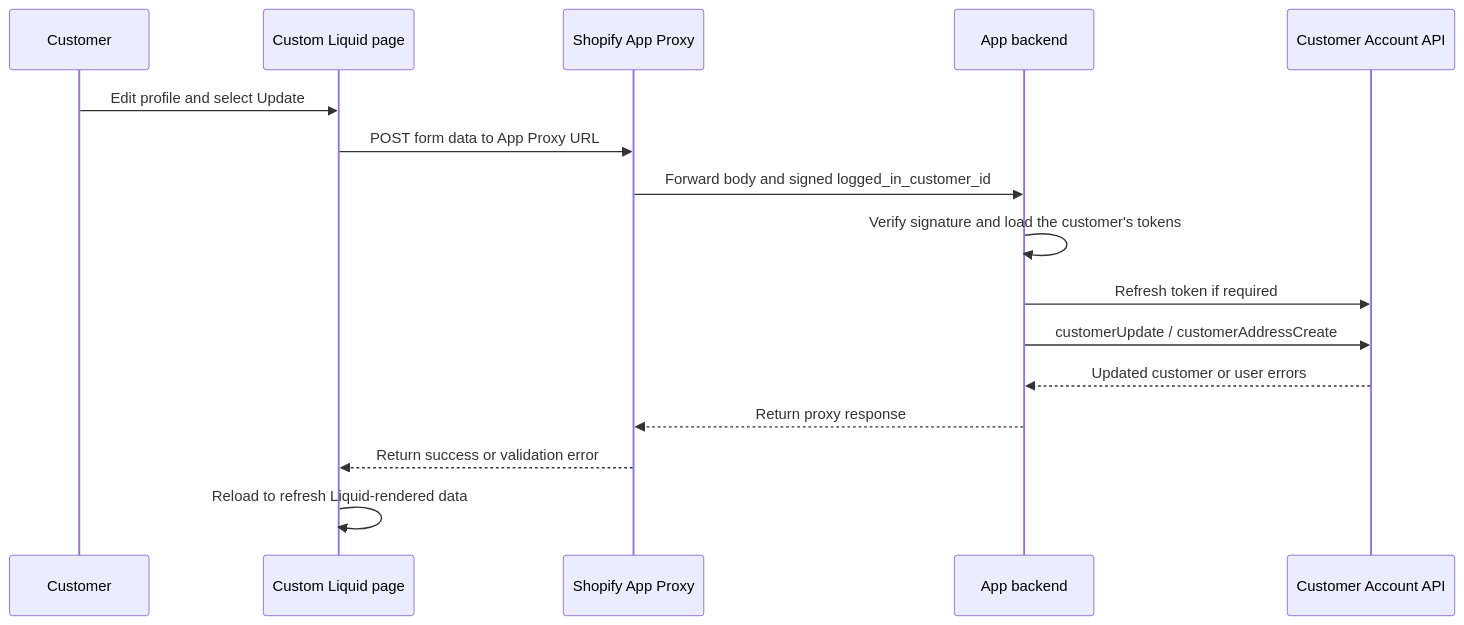
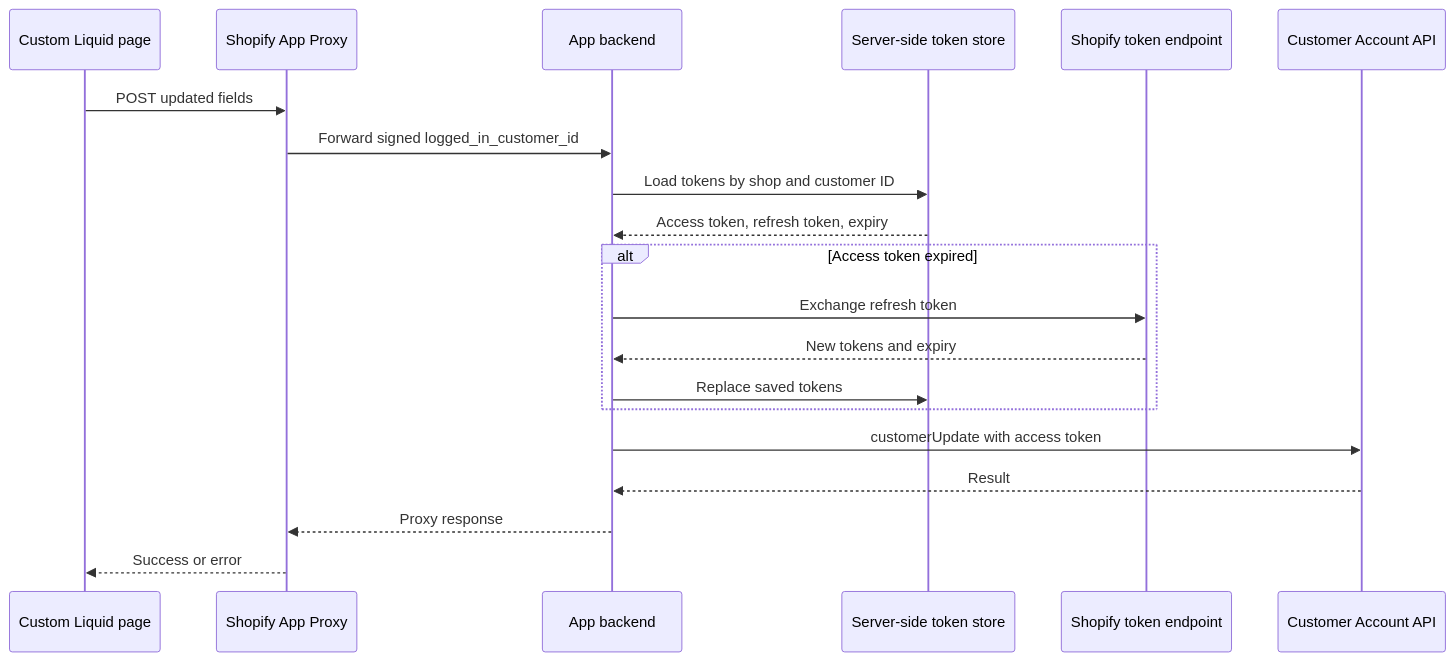
Before and after one commit to benzookapi/open_id_connect_sso_sample: the second of 4 diagrams in theme/README.md, drawn with Mermaid. The commit also changed other lines of this file, not shown here.

Commit message:
Simplify Liquid customer update flows

````diff
--- a/theme/README.md
+++ b/theme/README.md
@@ -128,19 +132,23 @@
 ```mermaid
 sequenceDiagram
-    participant Customer
     participant Page as Custom Liquid page
-    participant Shopify as Shopify App Proxy
+    participant Proxy as Shopify App Proxy
     participant App as App backend
+    participant Store as Server-side token store
+    participant Auth as Shopify token endpoint
     participant API as Customer Account API
 
-    Customer->>Page: Edit profile and select Update
-    Page->>Shopify: POST form data to App Proxy URL
-    Shopify->>App: Forward body and signed logged_in_customer_id
-    App->>App: Verify signature and load the customer's tokens
-    App->>API: Refresh token if required
-    App->>API: customerUpdate / customerAddressCreate
-    API-->>App: Updated customer or user errors
-    App-->>Shopify: Return proxy response
-    Shopify-->>Page: Return success or validation error
-    Page->>Page: Reload to refresh Liquid-rendered data
+    Page->>Proxy: POST updated fields
+    Proxy->>App: Forward signed logged_in_customer_id
+    App->>Store: Load tokens by shop and customer ID
+    Store-->>App: Access token, refresh token, expiry
+    alt Access token expired
+        App->>Auth: Exchange refresh token
+        Auth-->>App: New tokens and expiry
+        App->>Store: Replace saved tokens
+    end
+    App->>API: customerUpdate with access token
+    API-->>App: Result
+    App-->>Proxy: Proxy response
+    Proxy-->>Page: Success or error
 ```
````
